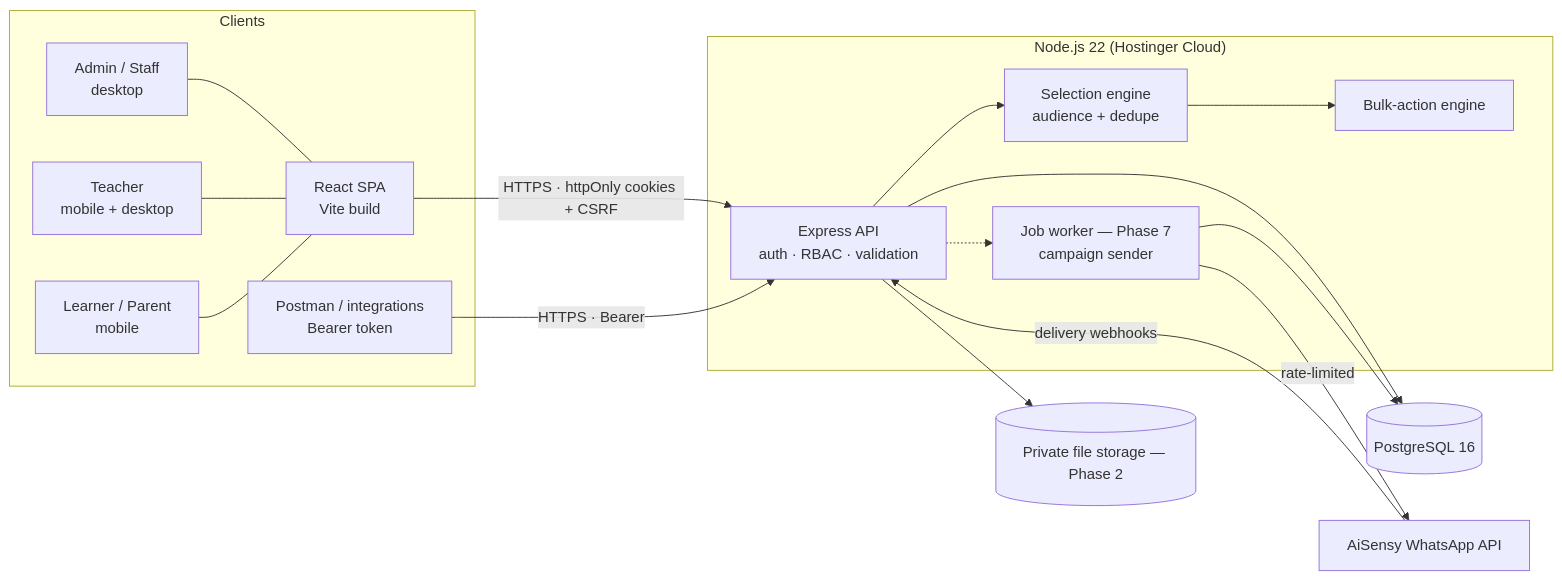
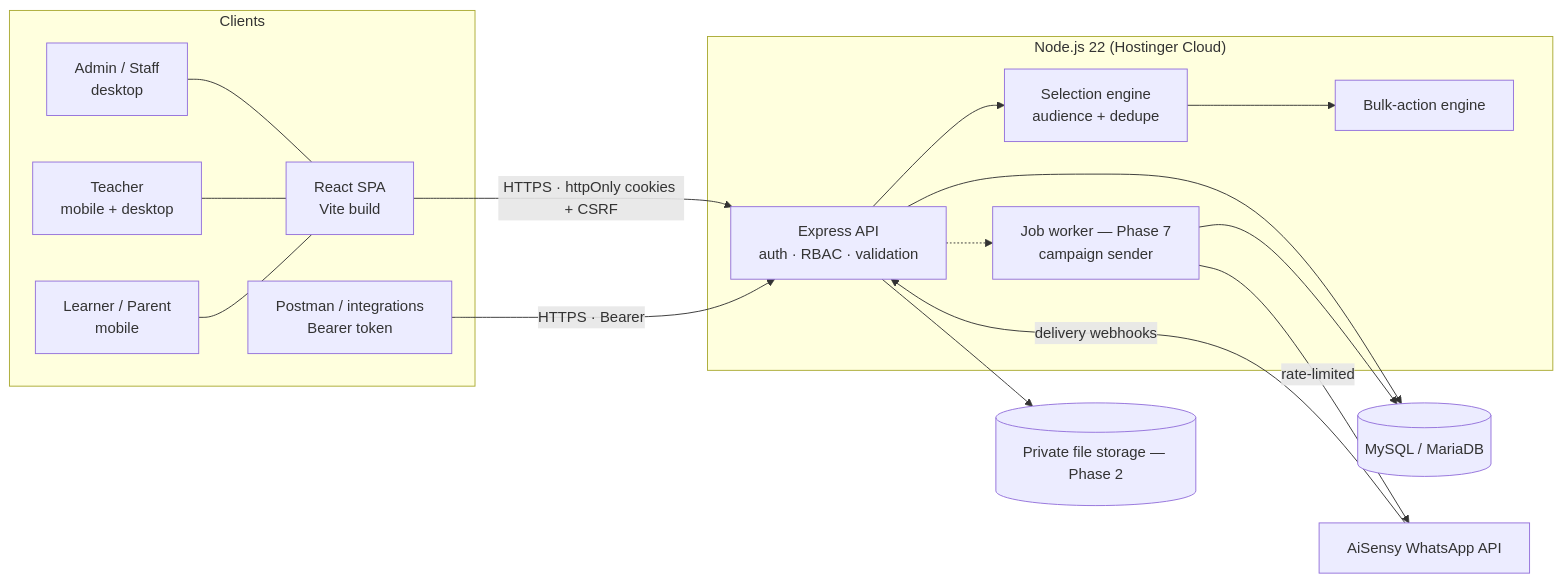
One commit to abhinayame/robokalamOS changed the first of 4 diagrams in docs/ARCHITECTURE.md. Above: the diagram before and after it, drawn with Mermaid. The commit also changed other lines of this file and 38 other files, not shown here.

First line of the commit message:
Port database layer from PostgreSQL to MySQL/MariaDB for Hostinger

````diff
--- a/docs/ARCHITECTURE.md
+++ b/docs/ARCHITECTURE.md
@@ -35,25 +35,25 @@
 ```mermaid
 flowchart LR
   subgraph Clients
     A[Admin / Staff<br/>desktop] --- W
     T[Teacher<br/>mobile + desktop] --- W
     L[Learner / Parent<br/>mobile] --- W
     W[React SPA<br/>Vite build]
     P[Postman / integrations<br/>Bearer token]
   end
   W -- "HTTPS · httpOnly cookies + CSRF" --> API
   P -- "HTTPS · Bearer" --> API
   subgraph Node["Node.js 22 (Hostinger Cloud)"]
     API[Express API<br/>auth · RBAC · validation]
     SEL[Selection engine<br/>audience + dedupe]
     BULK[Bulk-action engine]
     JOBS[Job worker — Phase 7<br/>campaign sender]
     API --> SEL --> BULK
     API -.-> JOBS
   end
-  API --> DB[(PostgreSQL 16)]
+  API --> DB[(MySQL / MariaDB)]
   JOBS --> DB
   JOBS -- "rate-limited" --> AI[AiSensy WhatsApp API]
   AI -- "delivery webhooks" --> API
   API --> FS[(Private file storage — Phase 2)]
 ```
````
